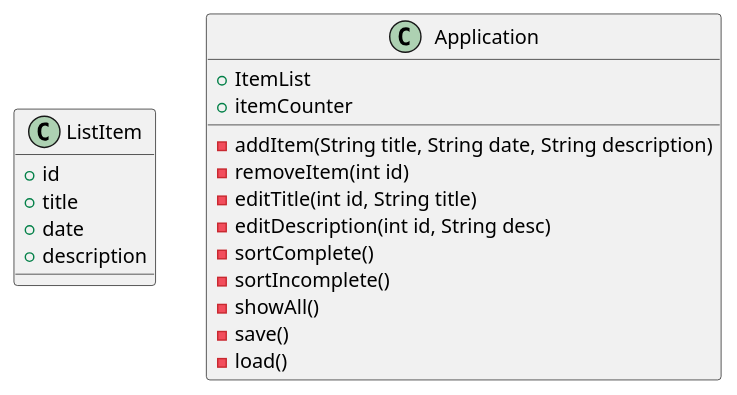
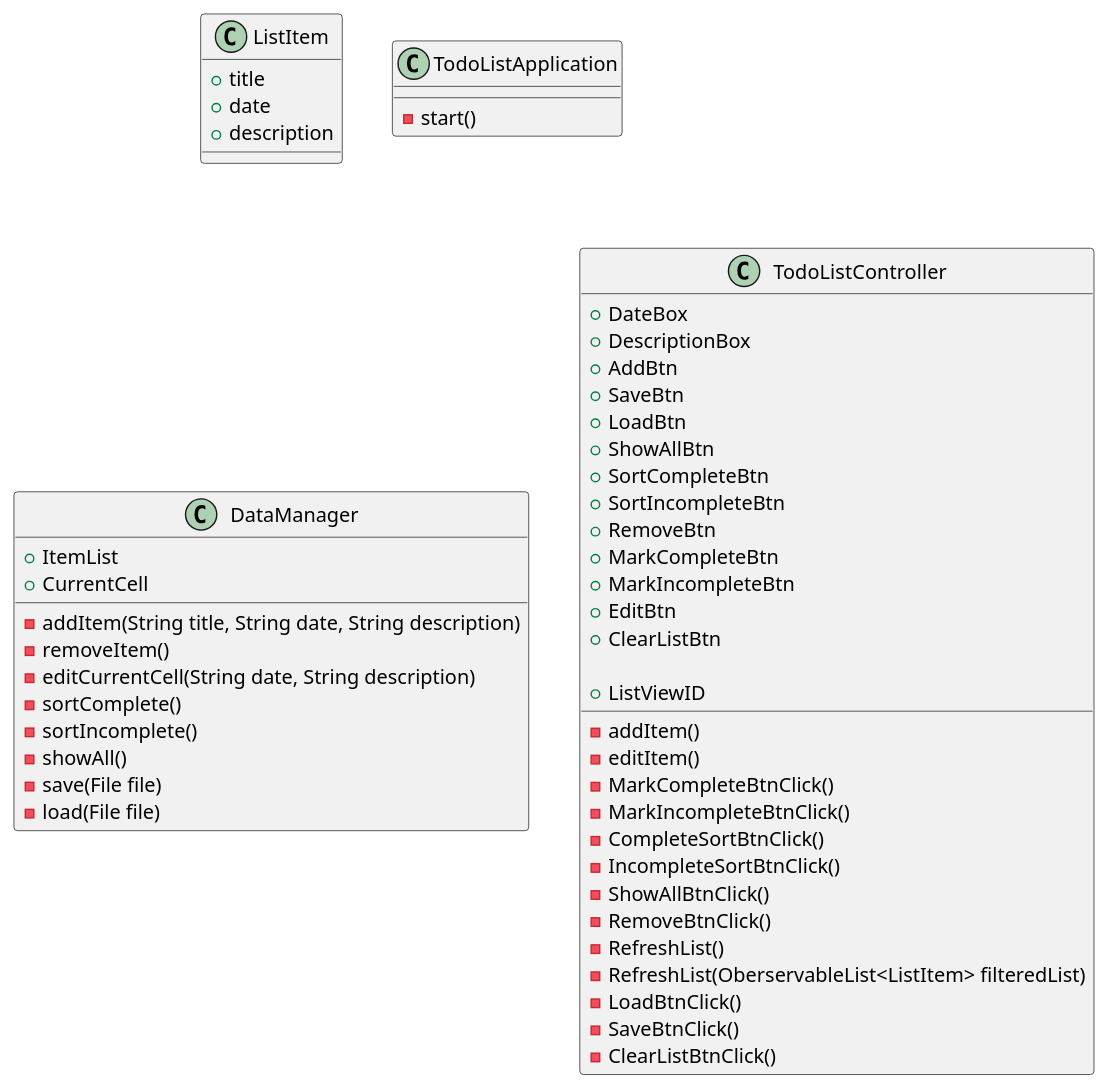
One commit to Scootifer/Schimpf-app1-impl changed the diagram in docs/diagram.puml. Above: the diagram before and after it, drawn with PlantUML.

Commit message:
UML diagram updated

```diff
--- a/docs/diagram.puml
+++ b/docs/diagram.puml
@@ -1,25 +1,61 @@
 @startuml
 'https://plantuml.com/sequence-diagram
 
 class ListItem {
-    +id
     +title
     +date
     +description
 }
 
-class Application {
+class TodoListApplication {
+    -start()
+}
+
+class DataManager {
     +ItemList
-    +itemCounter
+    +CurrentCell
+
 
     -addItem(String title, String date, String description)
-    -removeItem(int id)
-    -editTitle(int id, String title)
-    -editDescription(int id, String desc)
+    -removeItem()
+    -editCurrentCell(String date, String description)
     -sortComplete()
     -sortIncomplete()
     -showAll()
-    -save()
-    -load()
+    -save(File file)
+    -load(File file)
+}
+
+class TodoListController {
+    +DateBox
+    +DescriptionBox
+    +AddBtn
+    +SaveBtn
+    +LoadBtn
+    +ShowAllBtn
+    +SortCompleteBtn
+    +SortIncompleteBtn
+    +RemoveBtn
+    +MarkCompleteBtn
+    +MarkIncompleteBtn
+    +EditBtn
+    +ClearListBtn
+
+    +ListViewID
+
+    -addItem()
+    -editItem()
+    -MarkCompleteBtnClick()
+    -MarkIncompleteBtnClick()
+    -CompleteSortBtnClick()
+    -IncompleteSortBtnClick()
+    -ShowAllBtnClick()
+    -RemoveBtnClick()
+    -RefreshList()
+    -RefreshList(OberservableList<ListItem> filteredList)
+    -LoadBtnClick()
+    -SaveBtnClick()
+    -ClearListBtnClick()
+
 }
 @enduml
```
